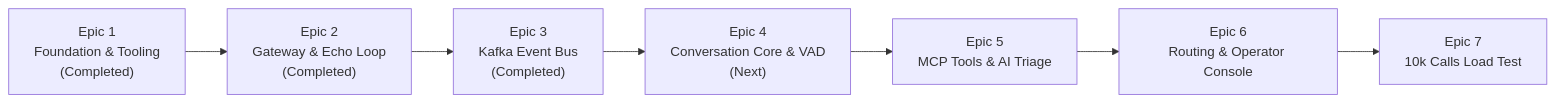
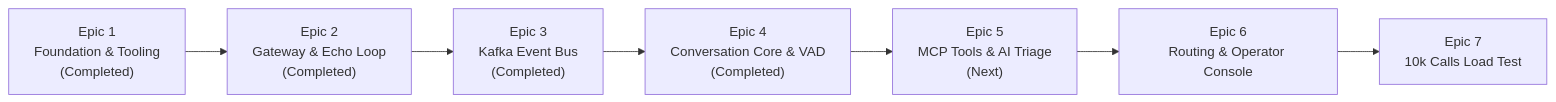
One commit to pedrazamiguez/voice-pulse changed the diagram in ROADMAP.md. Above: the diagram before and after it, drawn with Mermaid. The commit also changed other lines of this file and 3 other files, not shown here.

Commit message:
docs(roadmap): mark Epic 4 completed and Epic 5 as next (#105)

````diff
--- a/ROADMAP.md
+++ b/ROADMAP.md
@@ -26,9 +26,9 @@
 ```mermaid
 flowchart LR
     E1["Epic 1<br/>Foundation & Tooling<br/>(Completed)"] --> E2["Epic 2<br/>Gateway & Echo Loop<br/>(Completed)"]
     E2 --> E3["Epic 3<br/>Kafka Event Bus<br/>(Completed)"]
-    E3 --> E4["Epic 4<br/>Conversation Core & VAD<br/>(Next)"]
-    E4 --> E5["Epic 5<br/>MCP Tools & AI Triage"]
+    E3 --> E4["Epic 4<br/>Conversation Core & VAD<br/>(Completed)"]
+    E4 --> E5["Epic 5<br/>MCP Tools & AI Triage<br/>(Next)"]
     E5 --> E6["Epic 6<br/>Routing & Operator Console"]
     E6 --> E7["Epic 7<br/>10k Calls Load Test"]
 ```
````
